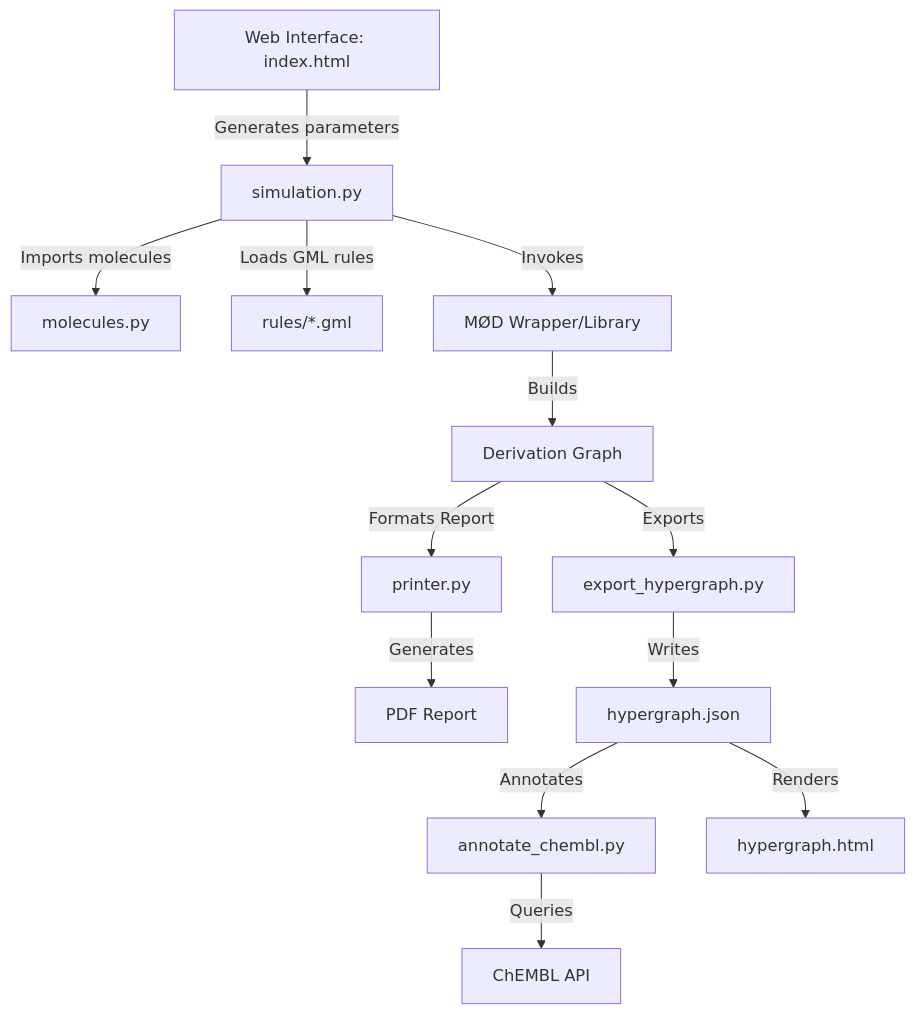
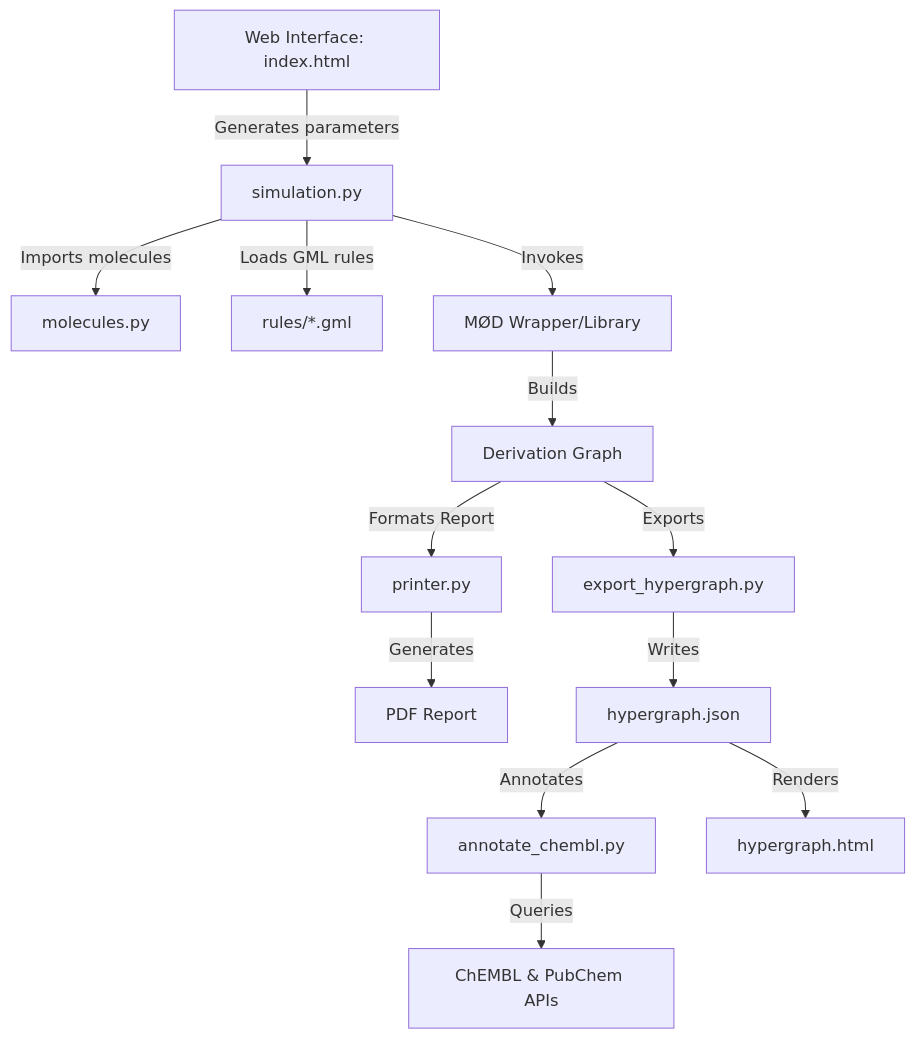
One commit to waldeyr/2PathTerpenes changed the second of 2 diagrams in README.md. Above: the diagram before and after it, drawn with Mermaid. The commit also changed other lines of this file and 3 other files, not shown here.

````diff
--- a/README.md
+++ b/README.md
@@ -95,15 +103,15 @@
 ```mermaid
 graph TD
     UI[Web Interface: index.html] -->|Generates parameters| SimPy[simulation.py]
     SimPy -->|Imports molecules| MolPy[molecules.py]
     SimPy -->|Loads GML rules| RulesGML[rules/*.gml]
     SimPy -->|Invokes| MOD[MØD Wrapper/Library]
     MOD -->|Builds| DG[Derivation Graph]
     DG -->|Formats Report| PrintPy[printer.py]
     PrintPy -->|Generates| PDF[PDF Report]
     DG -->|Exports| ExportPy[export_hypergraph.py]
     ExportPy -->|Writes| HGJSON[hypergraph.json]
     HGJSON -->|Annotates| AnnotatePy[annotate_chembl.py]
-    AnnotatePy -->|Queries| ChEMBL[ChEMBL API]
+    AnnotatePy -->|Queries| ChEMBL[ChEMBL & PubChem APIs]
     HGJSON -->|Renders| HGHTML[hypergraph.html]
 ```
````
